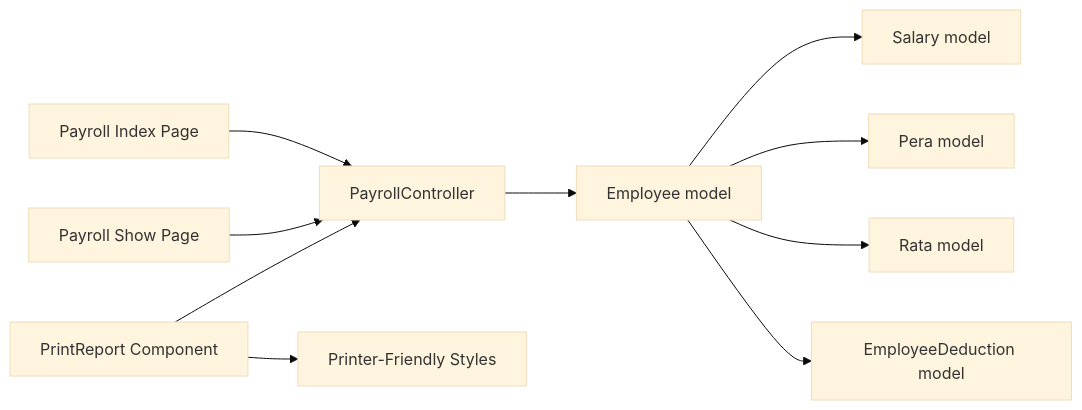
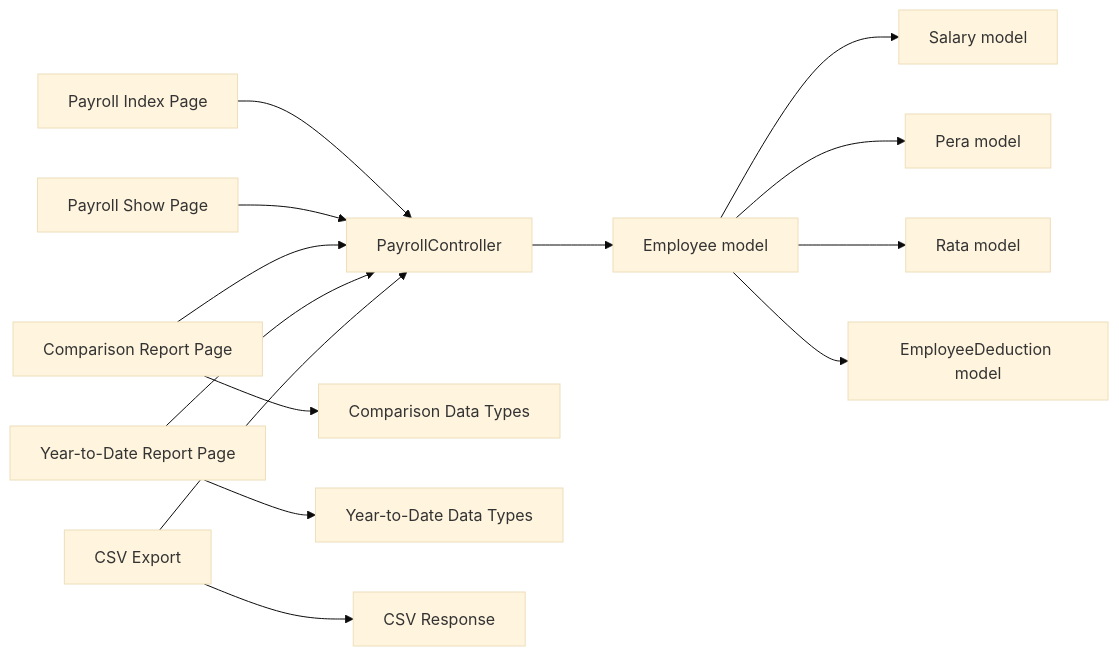
Before and after one commit to vincet0t15/template: diagram 21 of 21 in .qoder/repowiki/en/content/Payroll System/Payroll Reports & Analytics.md, drawn with Mermaid (base theme). The commit also changed other lines of this file and 6 other files, not shown here.

````diff
--- a/.qoder/repowiki/en/content/Payroll System/Payroll Reports & Analytics.md
+++ b/.qoder/repowiki/en/content/Payroll System/Payroll Reports & Analytics.md
@@ -454,12 +738,16 @@
 ```mermaid
 graph LR
 IDX["Payroll Index Page"] --> CTRL["PayrollController"]
 SHW["Payroll Show Page"] --> CTRL
-PR["PrintReport Component"] --> CTRL
+CMP["Comparison Report Page"] --> CTRL
+YTD["Year-to-Date Report Page"] --> CTRL
+EXP["CSV Export"] --> CTRL
 CTRL --> EMP["Employee model"]
 EMP --> SAL["Salary model"]
 EMP --> PER["Pera model"]
 EMP --> RAT["Rata model"]
 EMP --> EMD["EmployeeDeduction model"]
-PR --> PRINT_STYLES["Printer-Friendly Styles"]
+CMP --> COMPARISON_TYPES["Comparison Data Types"]
+YTD --> YTD_TYPES["Year-to-Date Data Types"]
+EXP --> CSV_RESPONSE["CSV Response"]
 ```
````
